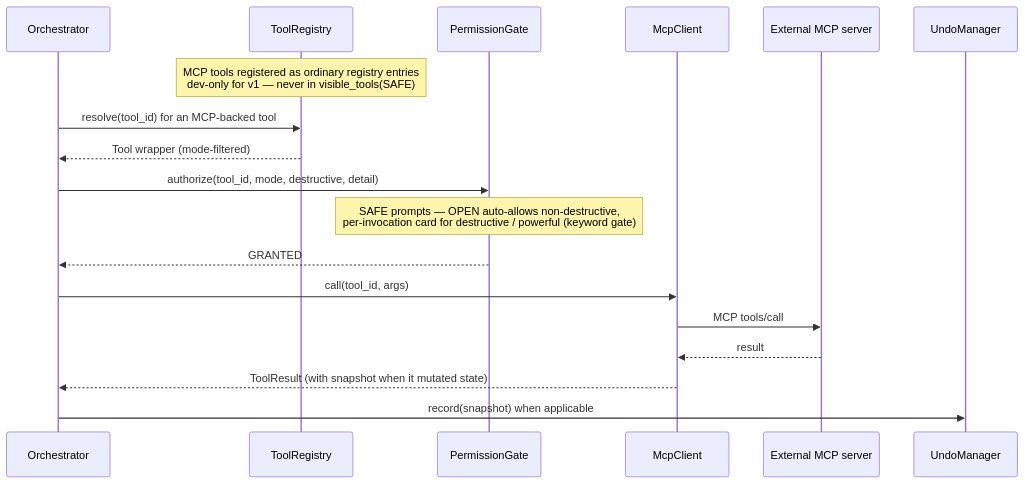
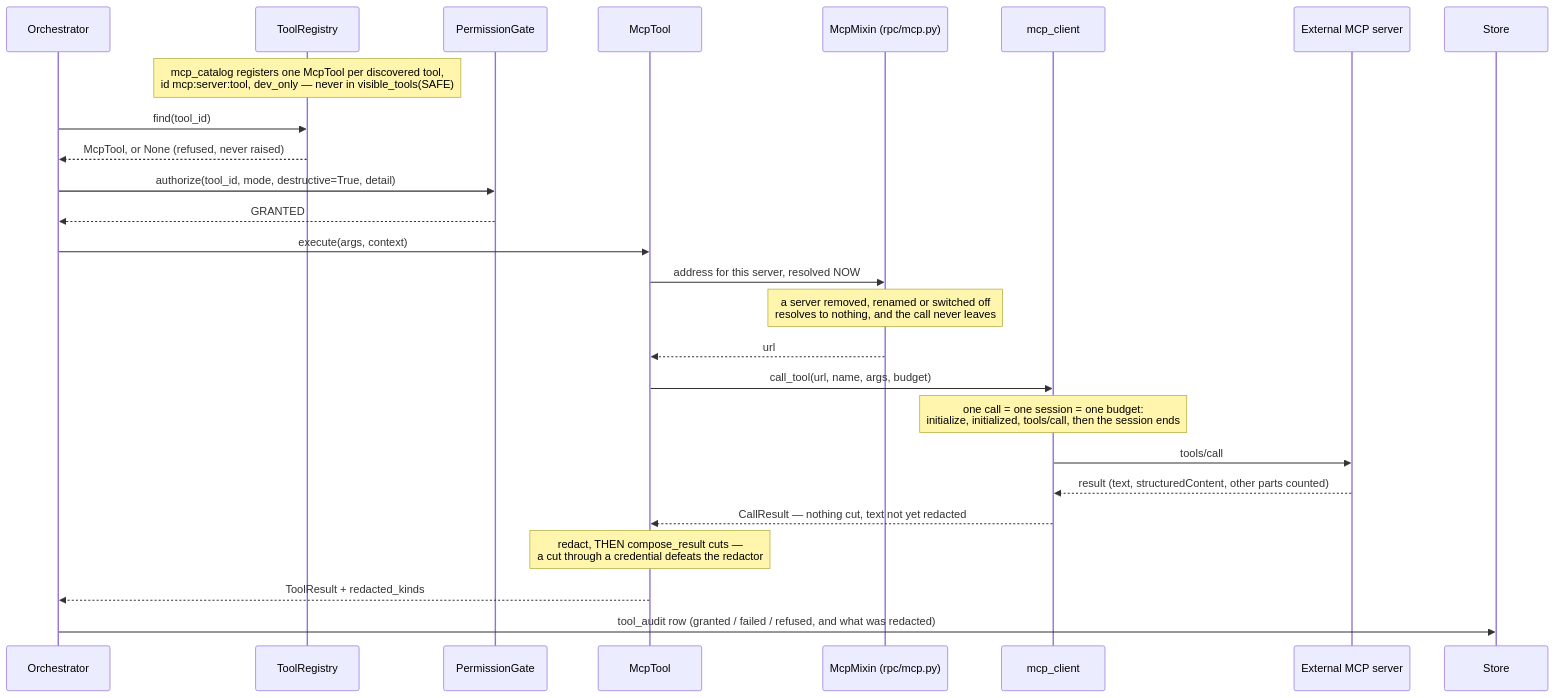
One commit to N041M/Addison changed diagram 15 of 15 in docs/flows.md. Above: the diagram before and after it, drawn with Mermaid. The commit also changed other lines of this file and 58 other files, not shown here.

````diff
--- a/docs/flows.md
+++ b/docs/flows.md
@@ -632,21 +638,29 @@
 ```mermaid
 sequenceDiagram
     participant ORC as Orchestrator
     participant REG as ToolRegistry
     participant PG as PermissionGate
-    participant MC as McpClient
+    participant MT as McpTool
+    participant RPC as McpMixin (rpc/mcp.py)
+    participant MC as mcp_client
     participant SRV as External MCP server
-    participant UM as UndoManager
+    participant ST as Store
 
-    Note over REG: MCP tools registered as ordinary registry entries<br/>dev-only for v1 — never in visible_tools(SAFE)
-    ORC->>REG: resolve(tool_id) for an MCP-backed tool
-    REG-->>ORC: Tool wrapper (mode-filtered)
-    ORC->>PG: authorize(tool_id, mode, destructive, detail)
-    Note over PG: SAFE prompts — OPEN auto-allows non-destructive,<br/>per-invocation card for destructive / powerful (keyword gate)
+    Note over REG: mcp_catalog registers one McpTool per discovered tool,<br/>id mcp:server:tool, dev_only — never in visible_tools(SAFE)
+    ORC->>REG: find(tool_id)
+    REG-->>ORC: McpTool, or None (refused, never raised)
+    ORC->>PG: authorize(tool_id, mode, destructive=True, detail)
     PG-->>ORC: GRANTED
-    ORC->>MC: call(tool_id, args)
-    MC->>SRV: MCP tools/call
-    SRV-->>MC: result
-    MC-->>ORC: ToolResult (with snapshot when it mutated state)
-    ORC->>UM: record(snapshot) when applicable
+    ORC->>MT: execute(args, context)
+    MT->>RPC: address for this server, resolved NOW
+    Note over RPC: a server removed, renamed or switched off<br/>resolves to nothing, and the call never leaves
+    RPC-->>MT: url
+    MT->>MC: call_tool(url, name, args, budget)
+    Note over MC: one call = one session = one budget:<br/>initialize, initialized, tools/call, then the session ends
+    MC->>SRV: tools/call
+    SRV-->>MC: result (text, structuredContent, other parts counted)
+    MC-->>MT: CallResult — nothing cut, text not yet redacted
+    Note over MT: redact, THEN compose_result cuts —<br/>a cut through a credential defeats the redactor
+    MT-->>ORC: ToolResult + redacted_kinds
+    ORC->>ST: tool_audit row (granted / failed / refused, and what was redacted)
 ```
````
